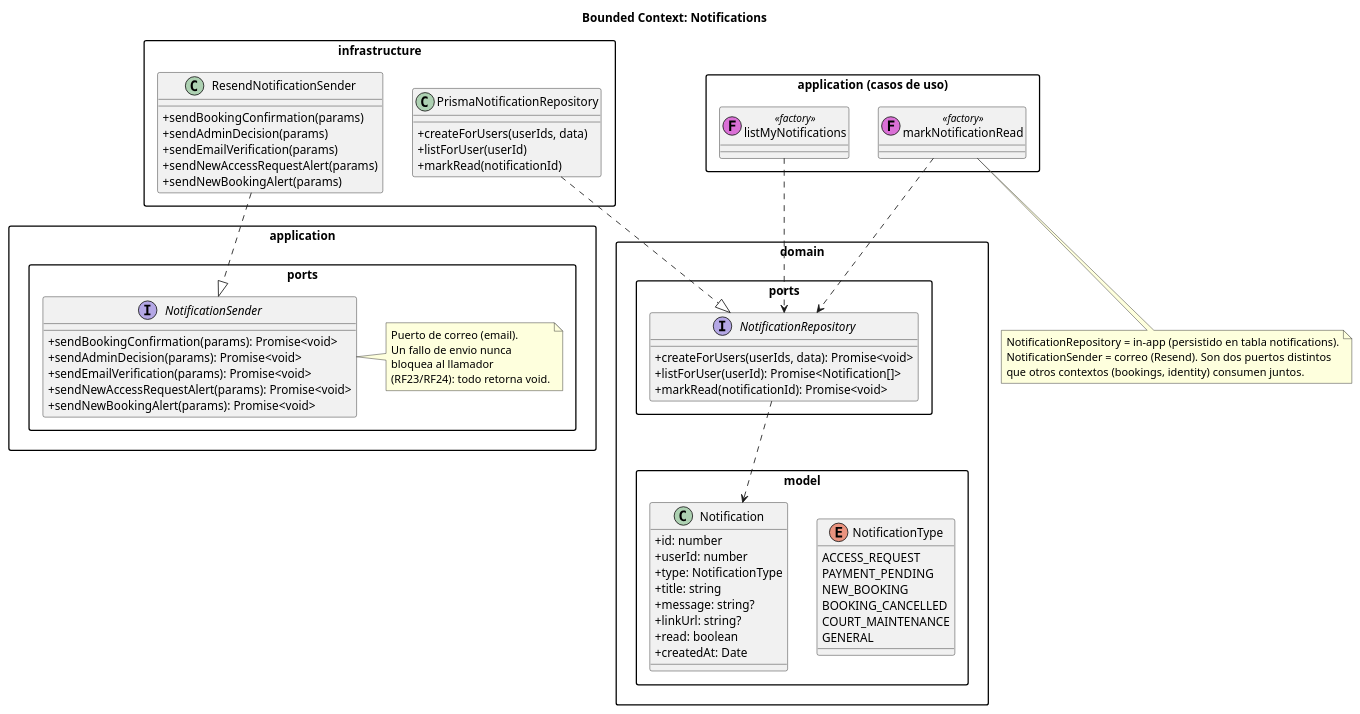
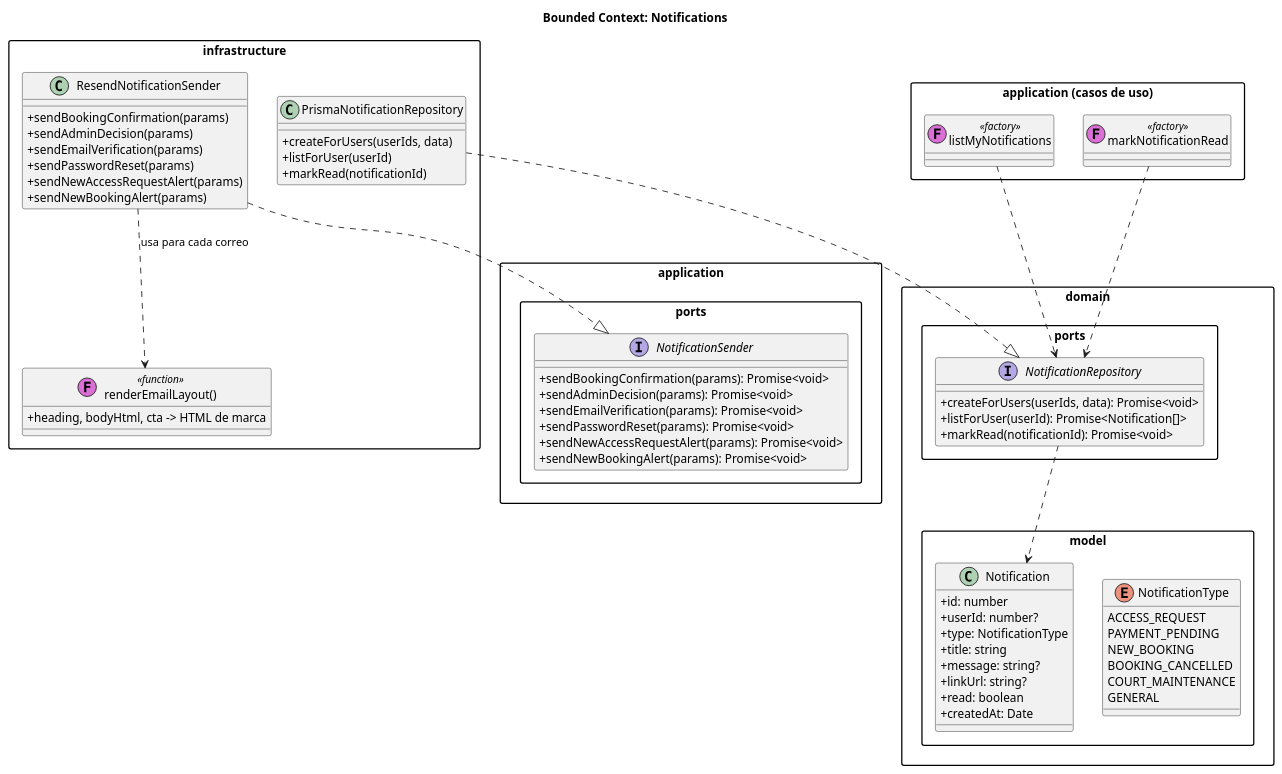
One commit to brianna-salinas/la-canchita-de-carlos-backend changed the diagram in docs/diagrams/notifications.puml. Above: the diagram before and after it, drawn with PlantUML. The commit also changed 475 other files, not shown here.

Commit message:
Agrega flujo de olvide-contraseña, corrige tildes y regenera diagramas de clase

```diff
--- a/docs/diagrams/notifications.puml
+++ b/docs/diagrams/notifications.puml
@@ -1,89 +1,83 @@
 @startuml notifications-context
 title Bounded Context: Notifications
 
 skinparam classAttributeIconSize 0
 skinparam packageStyle rectangle
 
 package "domain.model" {
   enum NotificationType {
     ACCESS_REQUEST
     PAYMENT_PENDING
     NEW_BOOKING
     BOOKING_CANCELLED
     COURT_MAINTENANCE
     GENERAL
   }
 
   class Notification {
     +id: number
-    +userId: number
+    +userId: number?
     +type: NotificationType
     +title: string
     +message: string?
     +linkUrl: string?
     +read: boolean
     +createdAt: Date
   }
 }
 
 package "domain.ports" {
   interface NotificationRepository {
     +createForUsers(userIds, data): Promise<void>
     +listForUser(userId): Promise<Notification[]>
     +markRead(notificationId): Promise<void>
   }
 
   NotificationRepository ..> Notification
 }
 
 package "application.ports" {
   interface NotificationSender {
     +sendBookingConfirmation(params): Promise<void>
     +sendAdminDecision(params): Promise<void>
     +sendEmailVerification(params): Promise<void>
+    +sendPasswordReset(params): Promise<void>
     +sendNewAccessRequestAlert(params): Promise<void>
     +sendNewBookingAlert(params): Promise<void>
   }
-
-  note right of NotificationSender
-    Puerto de correo (email).
-    Un fallo de envio nunca
-    bloquea al llamador
-    (RF23/RF24): todo retorna void.
-  end note
 }
 
 package "infrastructure" {
   class PrismaNotificationRepository {
     +createForUsers(userIds, data)
     +listForUser(userId)
     +markRead(notificationId)
   }
 
   class ResendNotificationSender {
     +sendBookingConfirmation(params)
     +sendAdminDecision(params)
     +sendEmailVerification(params)
+    +sendPasswordReset(params)
     +sendNewAccessRequestAlert(params)
     +sendNewBookingAlert(params)
   }
 
+  class "renderEmailLayout()" as EmailTemplate << (F,orchid) function >> {
+    +heading, bodyHtml, cta -> HTML de marca
+  }
+
   PrismaNotificationRepository ..|> NotificationRepository
   ResendNotificationSender ..|> NotificationSender
+  ResendNotificationSender ..> EmailTemplate : usa para cada correo
 }
 
 package "application (casos de uso)" {
   class listMyNotifications << (F,orchid) factory >>
   class markNotificationRead << (F,orchid) factory >>
 
   listMyNotifications ..> NotificationRepository
   markNotificationRead ..> NotificationRepository
 }
 
-note bottom
-  NotificationRepository = in-app (persistido en tabla notifications).
-  NotificationSender = correo (Resend). Son dos puertos distintos
-  que otros contextos (bookings, identity) consumen juntos.
-end note
-
 @enduml
```
